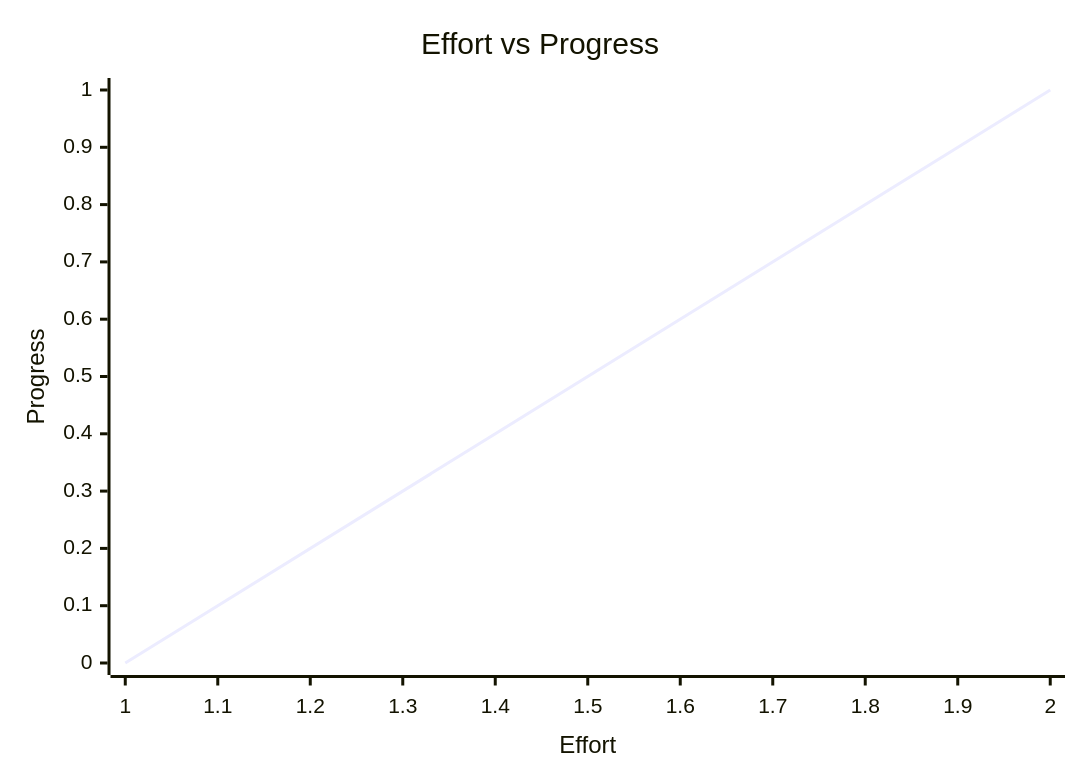
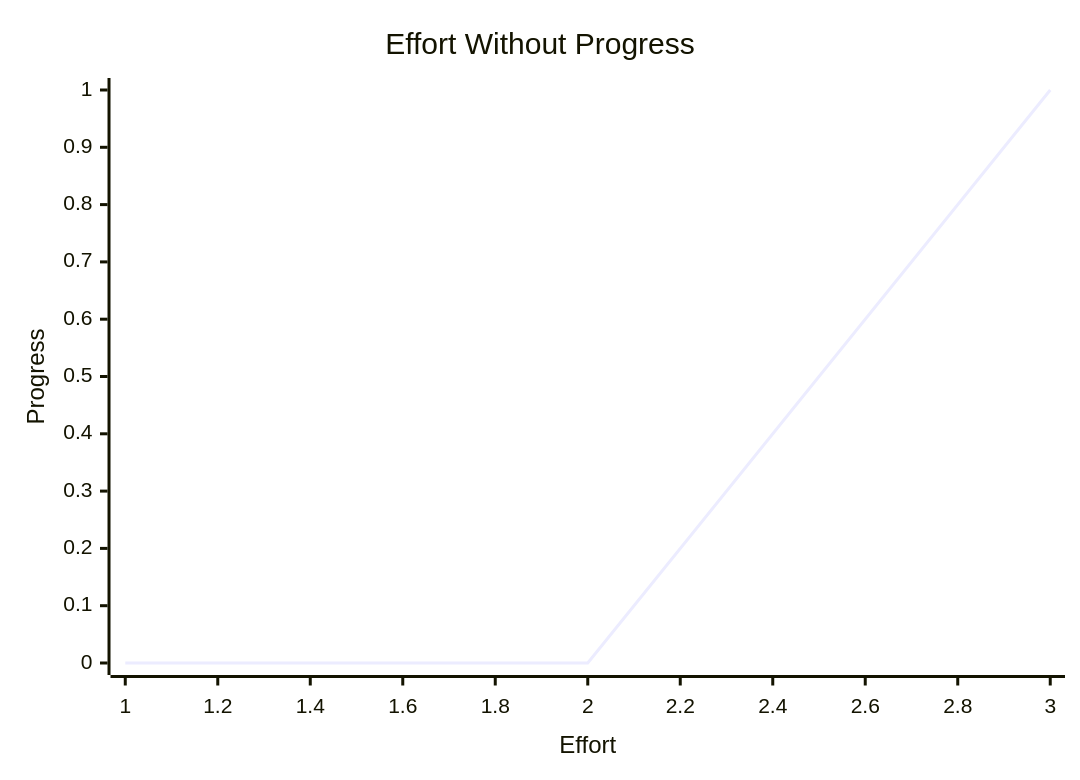
The third of 3 diagrams in content/topics/linear-processes.md (bagrounds/obsidian-github-publisher-sync), drawn with Mermaid before and after one commit. The commit also changed other lines of this file, not shown here.

````diff
--- a/content/topics/linear-processes.md
+++ b/content/topics/linear-processes.md
@@ -26,7 +44,7 @@
 ```mermaid  
 xychart-beta  
-    title "Effort vs Progress"  
+    title "Effort Without Progress"  
     x-axis Effort  
     y-axis Progress  
-    line [0, 1]  
+    line [0, 0, 1]  
 ```  
````
